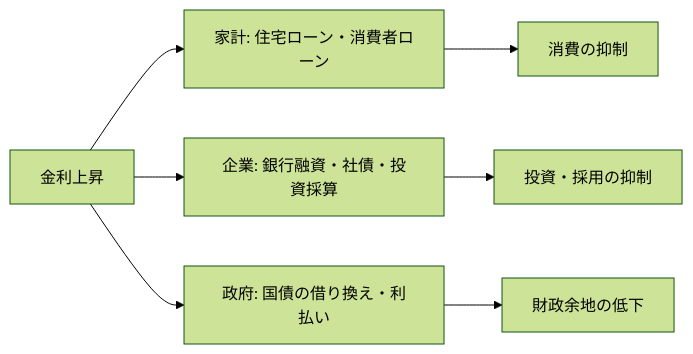
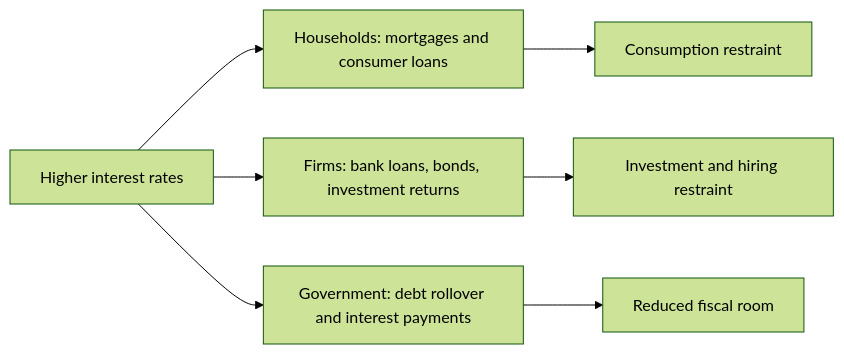
The third of 5 diagrams in content/blog/en/interest-rate-policy-primer.mdx (daylight55/research), drawn with Mermaid (forest theme) before and after one commit. The commit also changed other lines of this file and 26 other files, not shown here.

Commit message:
Translate English Mermaid labels

````diff
--- a/content/blog/en/interest-rate-policy-primer.mdx
+++ b/content/blog/en/interest-rate-policy-primer.mdx
@@ -82,9 +82,9 @@
 ```mermaid
 flowchart LR
-  R["金利上昇"] --> HH["家計: 住宅ローン・消費者ローン"]
-  R --> CO["企業: 銀行融資・社債・投資採算"]
-  R --> GOV["政府: 国債の借り換え・利払い"]
-  HH --> DEM["消費の抑制"]
-  CO --> INV["投資・採用の抑制"]
-  GOV --> FISC["財政余地の低下"]
+  R["Higher interest rates"] --> HH["Households: mortgages and consumer loans"]
+  R --> CO["Firms: bank loans, bonds, investment returns"]
+  R --> GOV["Government: debt rollover and interest payments"]
+  HH --> DEM["Consumption restraint"]
+  CO --> INV["Investment and hiring restraint"]
+  GOV --> FISC["Reduced fiscal room"]
 ```
````
